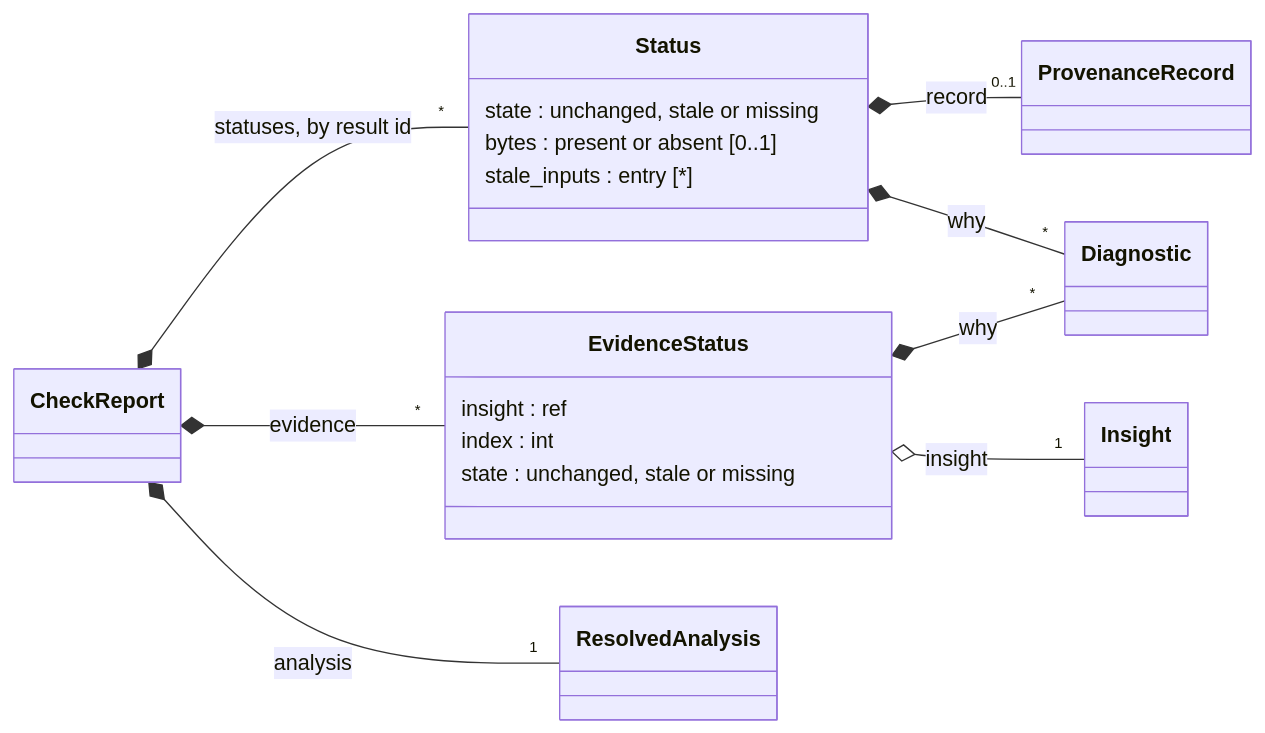
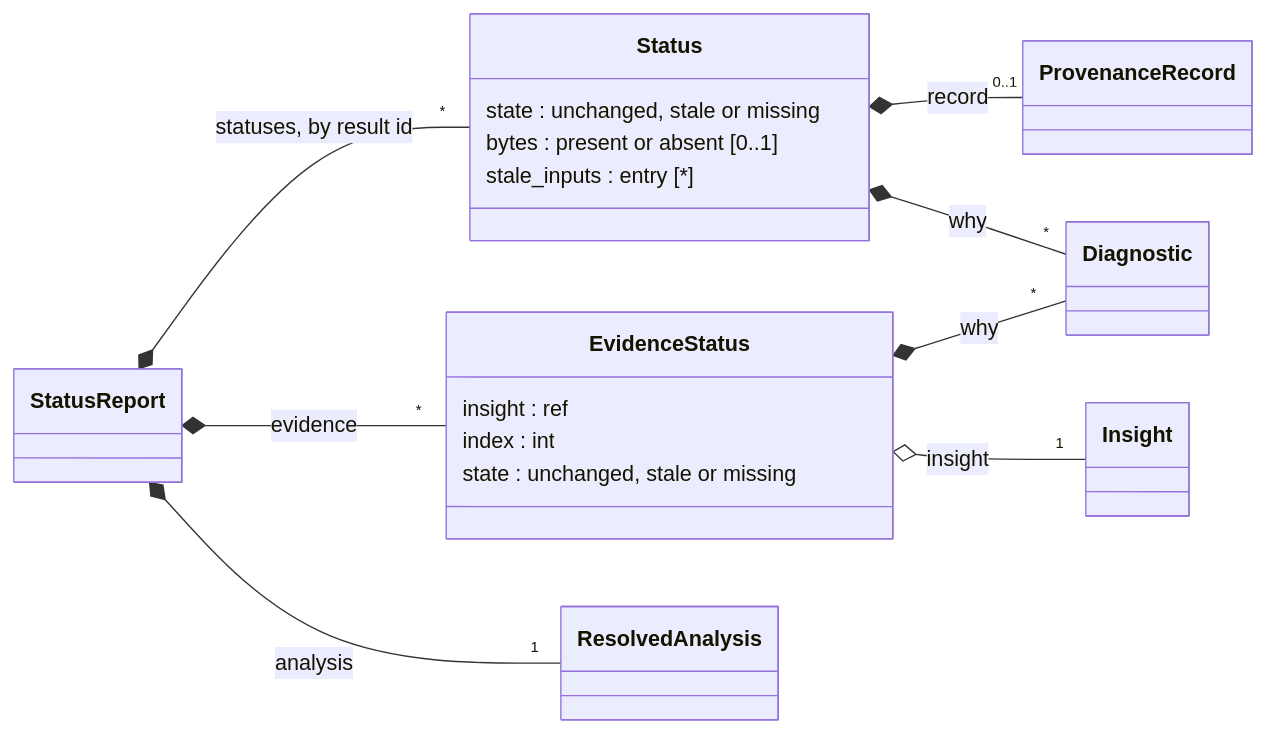
The sixth of 8 diagrams in docs/data-model.md (astra-project/astra-tools), drawn with Mermaid before and after one commit. The commit also changed other lines of this file and 26 other files, not shown here.

First line of the commit message:
API: status and init_analysis, named for what they give

````diff
--- a/docs/data-model.md
+++ b/docs/data-model.md
@@ -594,26 +594,26 @@
 ```mermaid
 classDiagram
   direction LR
-  class CheckReport
+  class StatusReport
   class Status {
     state : unchanged, stale or missing
     bytes : present or absent [0..1]
     stale_inputs : entry [*]
   }
   class EvidenceStatus {
     insight : ref
     index : int
     state : unchanged, stale or missing
   }
   class ProvenanceRecord
   class ResolvedAnalysis
   class Diagnostic
   class Insight
-  CheckReport *-- "1" ResolvedAnalysis : analysis
-  CheckReport *-- "*" Status : statuses, by result id
-  CheckReport *-- "*" EvidenceStatus : evidence
+  StatusReport *-- "1" ResolvedAnalysis : analysis
+  StatusReport *-- "*" Status : statuses, by result id
+  StatusReport *-- "*" EvidenceStatus : evidence
   Status *-- "0..1" ProvenanceRecord : record
   Status *-- "*" Diagnostic : why
   EvidenceStatus *-- "*" Diagnostic : why
   EvidenceStatus o-- "1" Insight : insight
 ```
````
